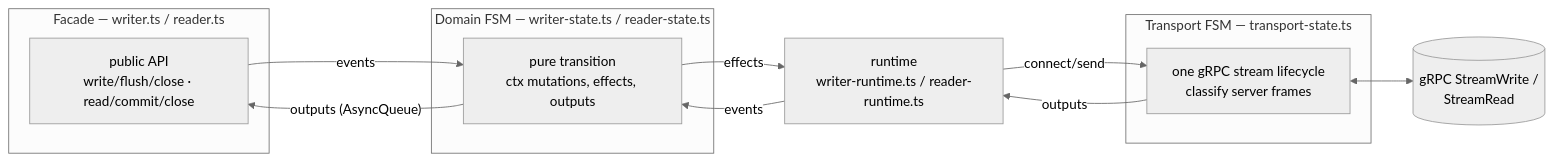
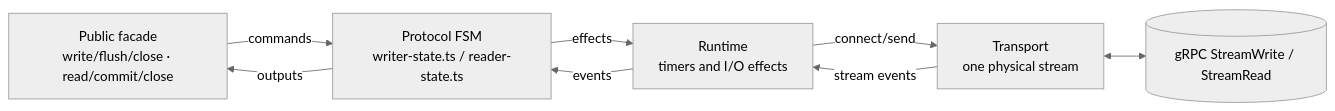
Before and after one commit to ydb-platform/ydb-js-sdk: the first of 4 diagrams in packages/topic/ARCHITECTURE.md, drawn with Mermaid (neutral theme). The commit also changed other lines of this file and 29 other files, not shown here.

````diff
--- a/packages/topic/ARCHITECTURE.md
+++ b/packages/topic/ARCHITECTURE.md
@@ -14,21 +7,15 @@
 ```mermaid
 flowchart LR
-    subgraph facade [Facade — writer.ts / reader.ts]
-        API[public API<br/>write/flush/close · read/commit/close]
-    end
-    subgraph domain [Domain FSM — writer-state.ts / reader-state.ts]
-        D[pure transition<br/>ctx mutations, effects, outputs]
-    end
-    subgraph transport [Transport FSM — transport-state.ts]
-        T[one gRPC stream lifecycle<br/>classify server frames]
-    end
-    G[(gRPC StreamWrite /<br/>StreamRead)]
-
-    API -- events --> D
-    D -- outputs (AsyncQueue) --> API
-    D -- effects --> R[runtime<br/>writer-runtime.ts / reader-runtime.ts]
+    API[Public facade<br/>write/flush/close · read/commit/close]
+    D[Protocol FSM<br/>writer-state.ts / reader-state.ts]
+    R[Runtime<br/>timers and I/O effects]
+    T[Transport<br/>one physical stream]
+    G[(gRPC StreamWrite / StreamRead)]
+    API -- commands --> D
+    D -- outputs --> API
+    D -- effects --> R
     R -- events --> D
     R -- connect/send --> T
-    T -- outputs --> R
+    T -- stream events --> R
     T <--> G
 ```
````
